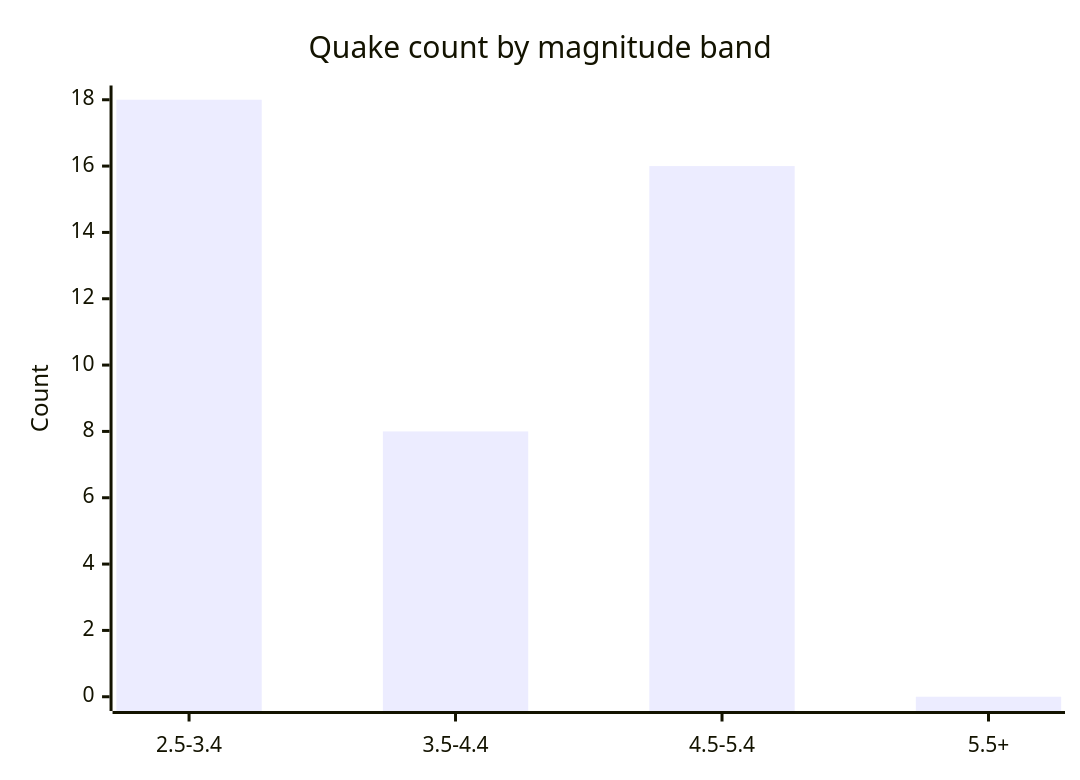
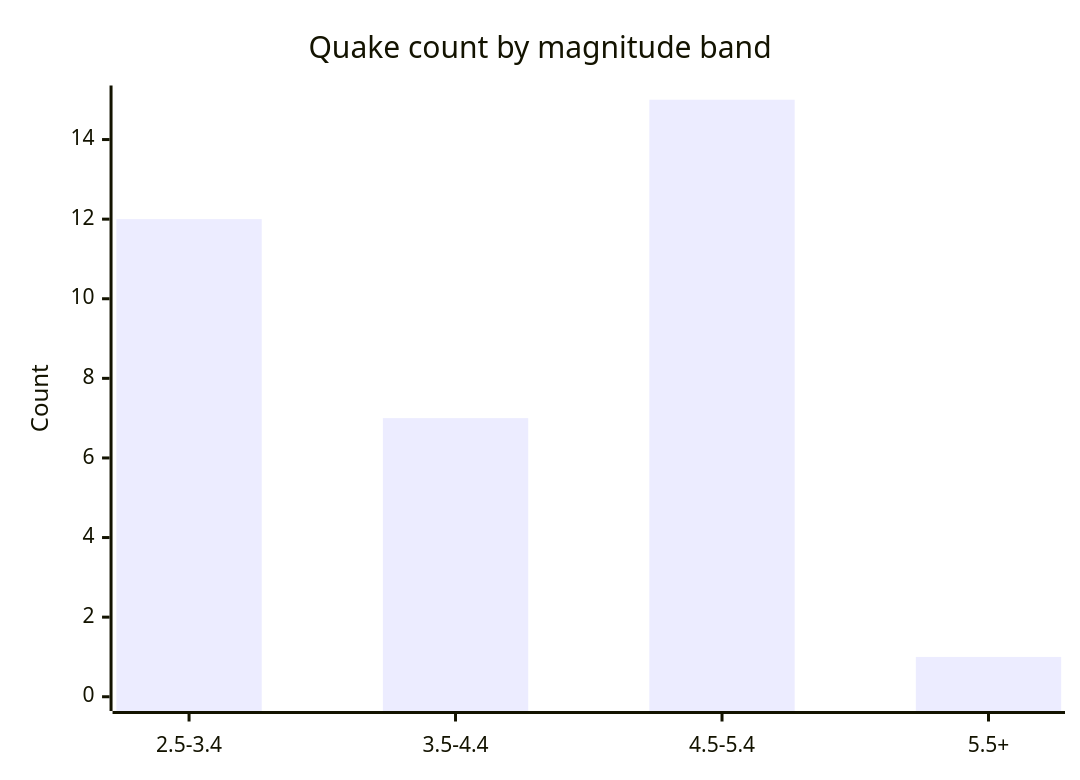
The fifth of 6 diagrams in docs/GRAPHS.md (Midwest-Stratospheric/aerostratospheric-defense-gir), drawn with Mermaid before and after one commit. The commit also changed other lines of this file and 24 other files, not shown here.

````diff
--- a/docs/GRAPHS.md
+++ b/docs/GRAPHS.md
@@ -82,7 +82,7 @@
 ```mermaid
 xychart-beta
   title "Quake count by magnitude band"
   x-axis ["2.5-3.4", "3.5-4.4", "4.5-5.4", "5.5+"]
-  y-axis "Count" 0 --> 18
-  bar [18, 8, 16, 0]
+  y-axis "Count" 0 --> 15
+  bar [12, 7, 15, 1]
 ```
````
